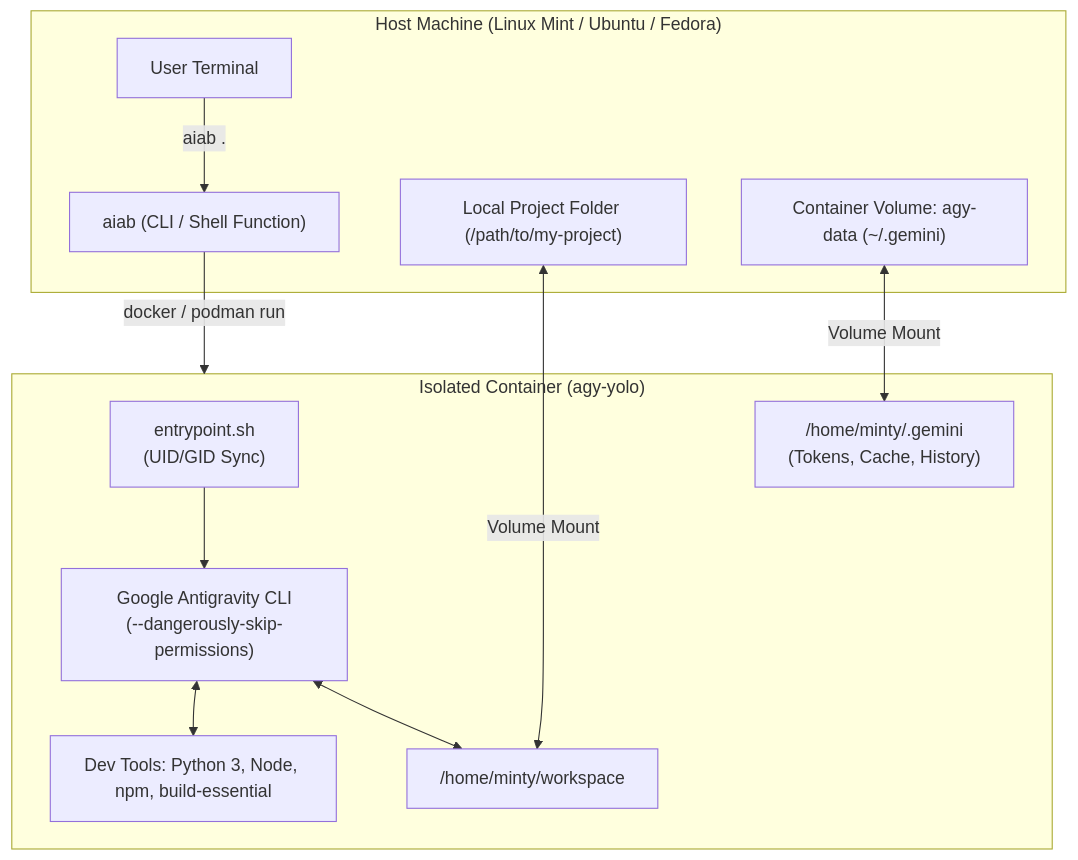
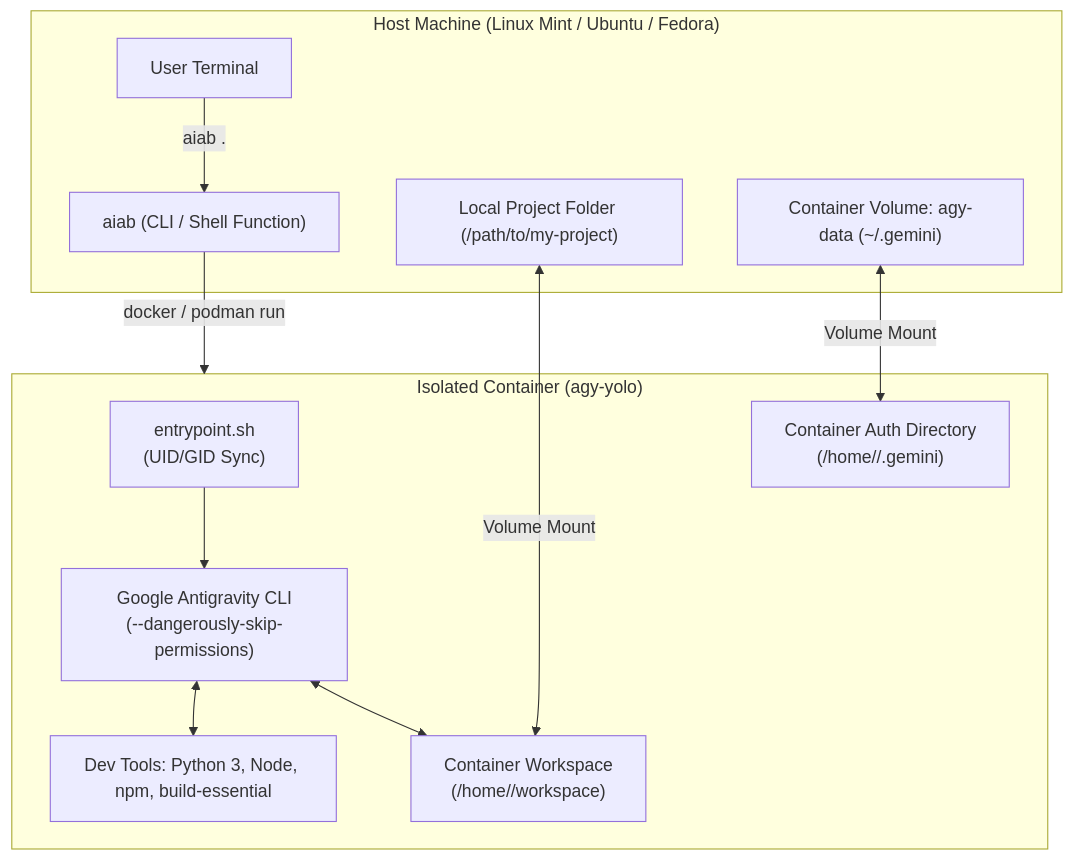
One commit to Dakron42/agyInABasket changed the first of 2 diagrams in README.md. Above: the diagram before and after it, drawn with Mermaid. The commit also changed other lines of this file and 11 other files, not shown here.

````diff
--- a/README.md
+++ b/README.md
@@ -32,25 +32,25 @@
 ```mermaid
 flowchart TD
     subgraph Host["Host Machine (Linux Mint / Ubuntu / Fedora)"]
         User["User Terminal"]
         Launcher["aiab (CLI / Shell Function)"]
         Proj["Local Project Folder (/path/to/my-project)"]
         DockerVol["Container Volume: agy-data (~/.gemini)"]
     end
 
     subgraph Container["Isolated Container (agy-yolo)"]
         Entrypoint["entrypoint.sh\n(UID/GID Sync)"]
         AGY["Google Antigravity CLI\n(--dangerously-skip-permissions)"]
         Tools["Dev Tools: Python 3, Node, npm, build-essential"]
-        WS["/home/minty/workspace"]
-        GeminiDir["/home/minty/.gemini\n(Tokens, Cache, History)"]
+        WS["Container Workspace\n(/home/<user>/workspace)"]
+        GeminiDir["Container Auth Directory\n(/home/<user>/.gemini)"]
     end
 
     User -->|"aiab ."| Launcher
     Launcher -->|"docker / podman run"| Container
     Proj <-->|"Volume Mount"| WS
     DockerVol <-->|"Volume Mount"| GeminiDir
     Entrypoint --> AGY
     AGY <--> Tools
     AGY <--> WS
 ```
````
